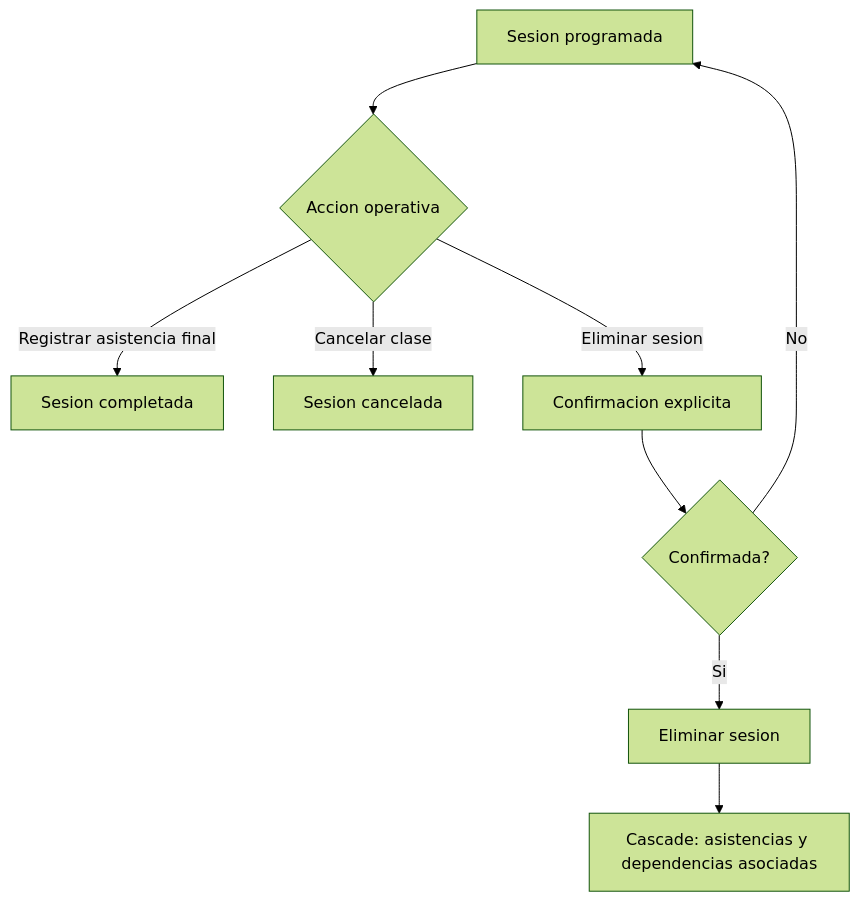
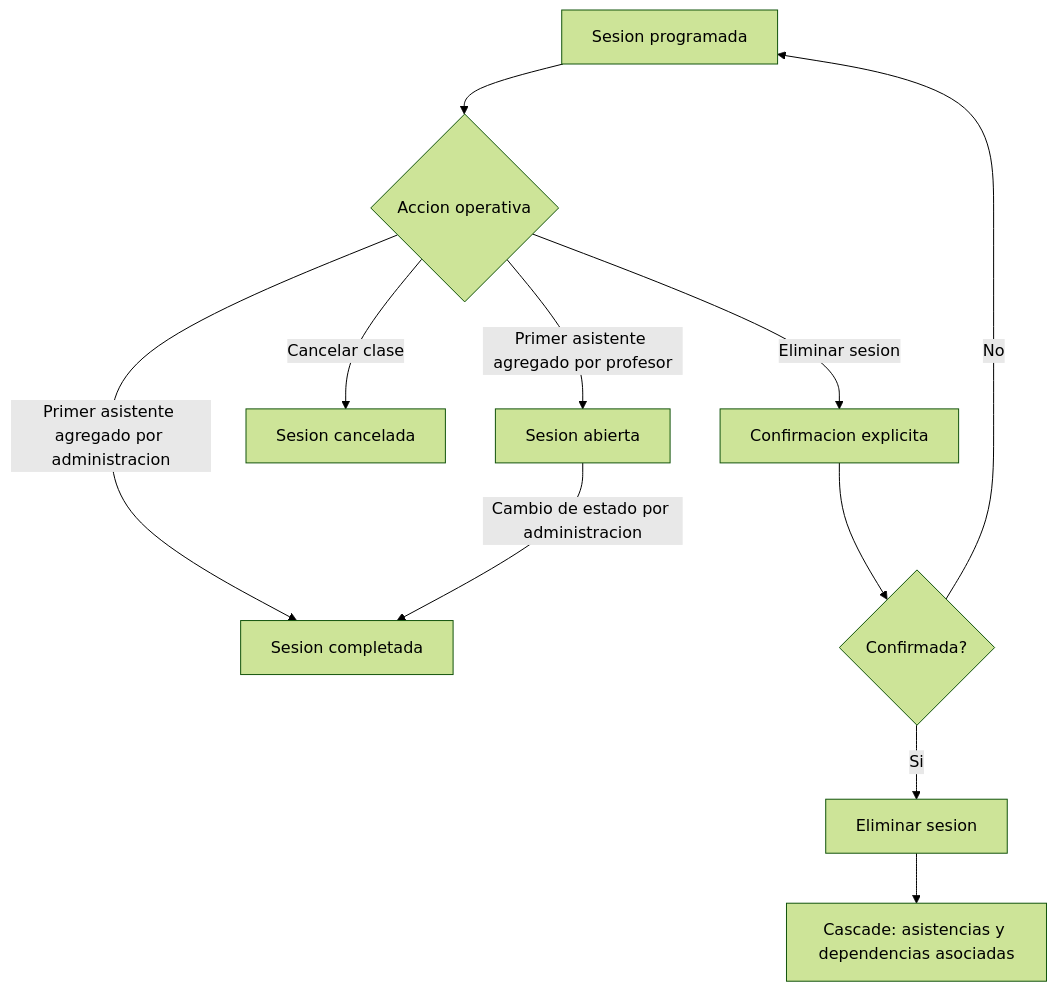
One commit to alvaroavx/avx-django-plataformaelemental changed the third of 4 diagrams in docs/apps/ASISTENCIAS.md. Above: the diagram before and after it, drawn with Mermaid (forest theme). The commit also changed other lines of this file and 29 other files, not shown here.

````diff
--- a/docs/apps/ASISTENCIAS.md
+++ b/docs/apps/ASISTENCIAS.md
@@ -157,11 +205,13 @@
 ```mermaid
 flowchart TD
     A["Sesion programada"] --> B{"Accion operativa"}
-    B -- "Registrar asistencia final" --> C["Sesion completada"]
+    B -- "Primer asistente agregado por administracion" --> C["Sesion completada"]
+    B -- "Primer asistente agregado por profesor" --> O["Sesion abierta"]
+    O -- "Cambio de estado por administracion" --> C
     B -- "Cancelar clase" --> D["Sesion cancelada"]
     B -- "Eliminar sesion" --> E["Confirmacion explicita"]
     E --> F{"Confirmada?"}
     F -- "No" --> A
     F -- "Si" --> G["Eliminar sesion"]
     G --> H["Cascade: asistencias y dependencias asociadas"]
 ```
````
